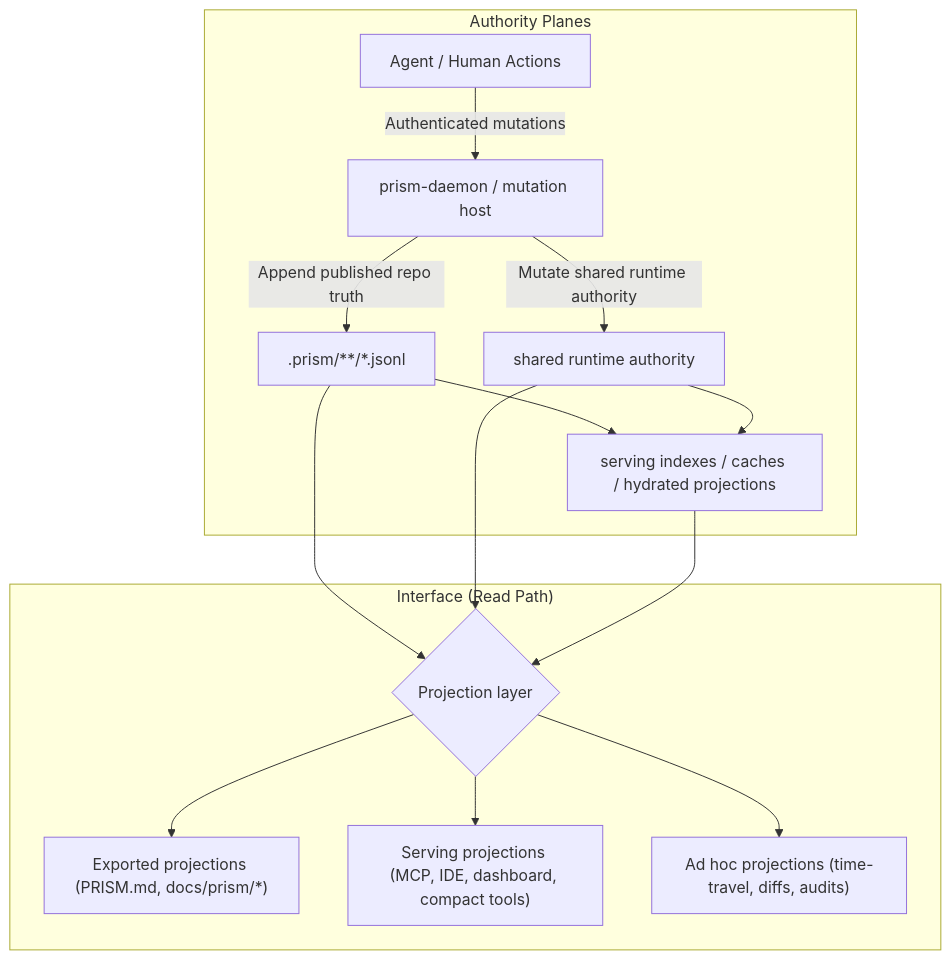
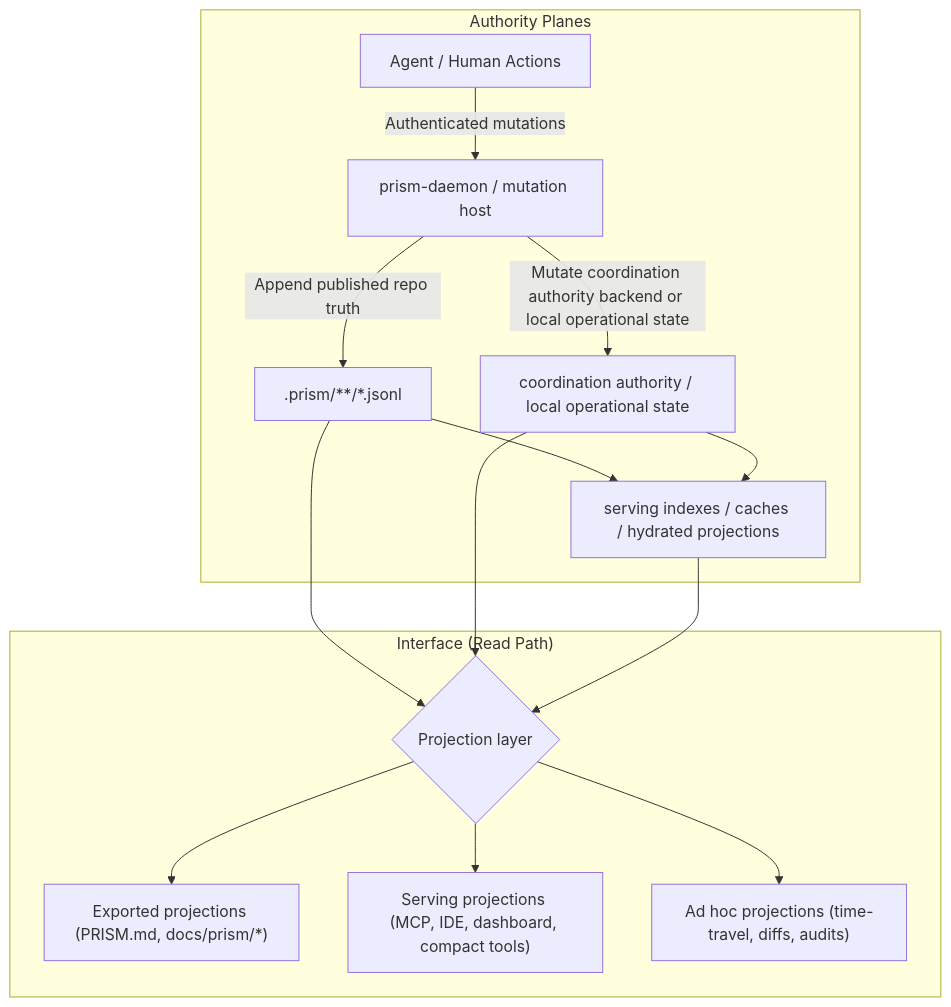
One commit to benediktbwimmer/prism changed the diagram in docs/PRISM_PROJECTIONS.md. Above: the diagram before and after it, drawn with Mermaid. The commit also changed other lines of this file and 16 other files, not shown here.

Commit message:
Clarify pluggable coordination authority docs

````diff
--- a/docs/PRISM_PROJECTIONS.md
+++ b/docs/PRISM_PROJECTIONS.md
@@ -220,19 +221,19 @@
 ```mermaid
 graph TD
     subgraph "Authority Planes"
         A["Agent / Human Actions"] -->|Authenticated mutations| B["prism-daemon / mutation host"]
         B -->|Append published repo truth| C[".prism/**/*.jsonl"]
-        B -->|Mutate shared runtime authority| D["shared runtime authority"]
+        B -->|Mutate coordination authority backend or local operational state| D["coordination authority / local operational state"]
         C --> E["serving indexes / caches / hydrated projections"]
         D --> E
     end
 
     subgraph "Interface (Read Path)"
         C --> F{"Projection layer"}
         D --> F
         E --> F
         F --> G["Exported projections (PRISM.md, docs/prism/*)"]
         F --> H["Serving projections (MCP, IDE, dashboard, compact tools)"]
         F --> I["Ad hoc projections (time-travel, diffs, audits)"]
     end
 ```
````
